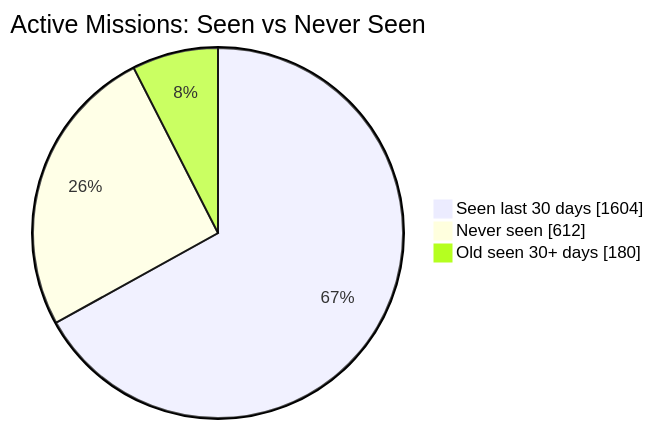
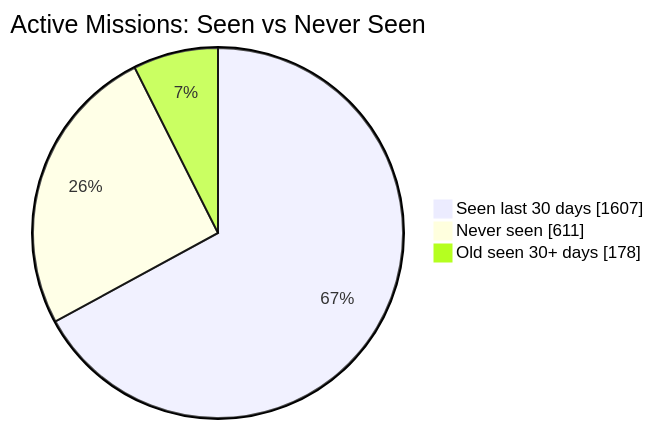
The first of 2 diagrams in README.md (MeldkamerspelGameTeam/active-missions), drawn with Mermaid before and after one commit. The commit also changed other lines of this file and 4 other files, not shown here.

````diff
--- a/README.md
+++ b/README.md
@@ -34,7 +34,7 @@
 ```mermaid
 pie showData
     title Active Missions: Seen vs Never Seen
-    "Seen last 30 days" : 1604
-    "Never seen" : 612
-    "Old seen 30+ days" : 180
+    "Seen last 30 days" : 1607
+    "Never seen" : 611
+    "Old seen 30+ days" : 178
 ```
````
